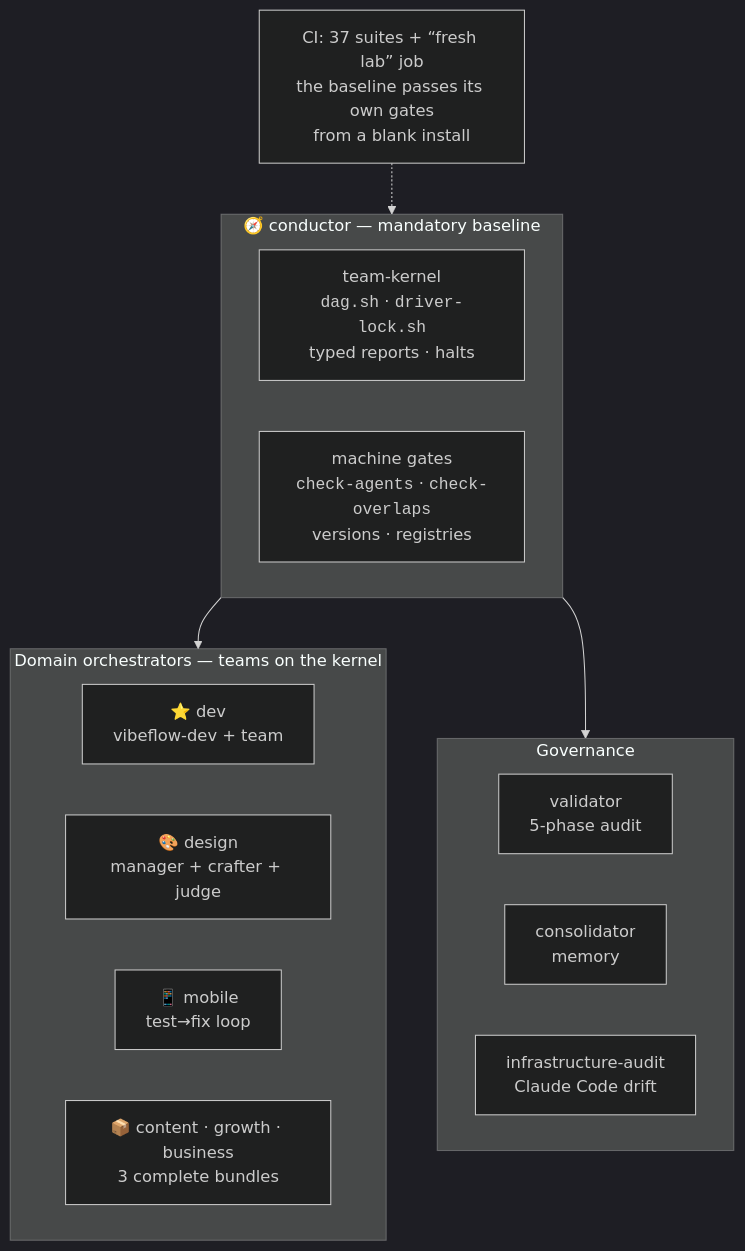
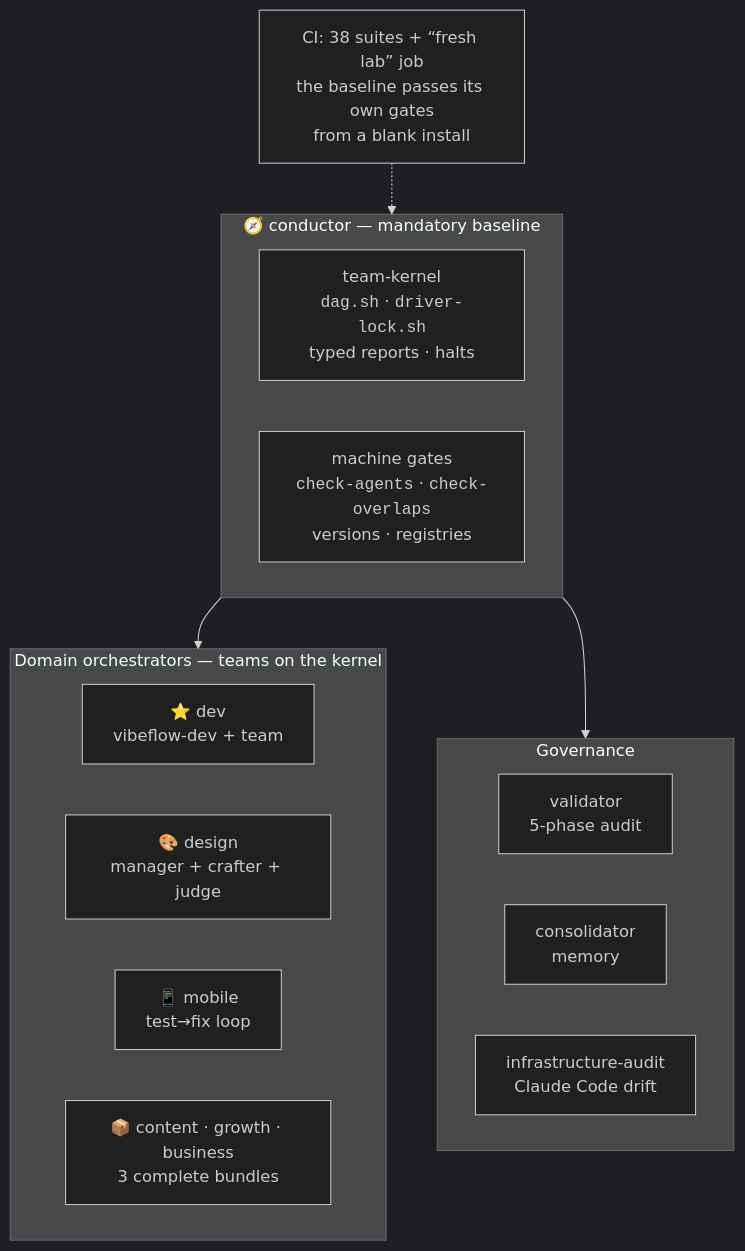
Before and after one commit to picmakpro/vibeflow-os: the third of 3 diagrams in README.md, drawn with Mermaid (dark theme). The commit also changed other lines of this file and 1 other file, not shown here.

Commit message:
docs(readme): compte de suites CI 37 → 38 (suite BRDG-02)
`test-discover-unintegrated-docs.sh` (commit eea61e4) porte le compte reel a
38 ; les deux README annonçaient encore 37, et `check-version-sync.sh`
signalait la derive — bloquante avant release.

````diff
--- a/README.md
+++ b/README.md
@@ -112,21 +112,21 @@
 ```mermaid
 flowchart TD
     subgraph socle["🧭 conductor — mandatory baseline"]
         K["team-kernel<br/><code>dag.sh</code> · <code>driver-lock.sh</code><br/>typed reports · halts"]
         G["machine gates<br/><code>check-agents</code> · <code>check-overlaps</code><br/>versions · registries"]
     end
     subgraph orch["Domain orchestrators — teams on the kernel"]
         DEV["⭐ dev<br/>vibeflow-dev + team"]
         DES["🎨 design<br/>manager + crafter + judge"]
         MOB["📱 mobile<br/>test→fix loop"]
         BIZ["📦 content · growth · business<br/>3 complete bundles"]
     end
     subgraph gouv["Governance"]
         V["validator<br/>5-phase audit"]
         CO["consolidator<br/>memory"]
         IA["infrastructure-audit<br/>Claude Code drift"]
     end
     socle --> orch
     socle --> gouv
-    CI["CI: 37 suites + “fresh lab” job<br/>the baseline passes its own gates<br/>from a blank install"] -.-> socle
+    CI["CI: 38 suites + “fresh lab” job<br/>the baseline passes its own gates<br/>from a blank install"] -.-> socle
 ```
````
